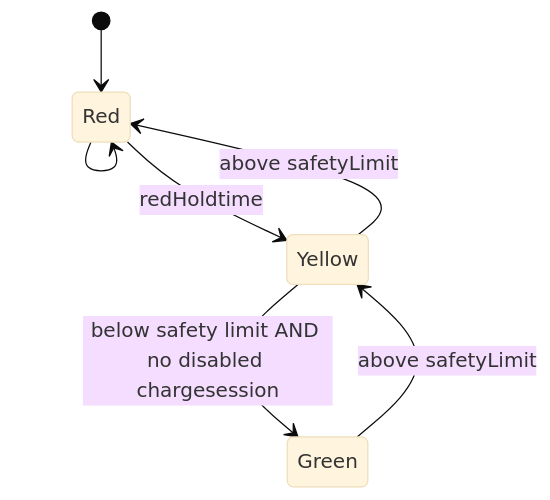
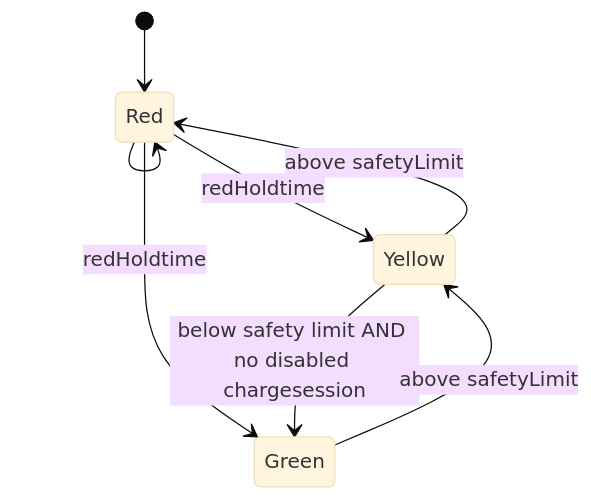
The diagram in io.openems.edge.evcs.cluster.chargemanagement/readme.adoc (opernikus-common/openems), drawn with Mermaid (base theme) before and after one commit. The commit also changed other lines of this file and 4 other files, not shown here.

````diff
--- a/io.openems.edge.evcs.cluster.chargemanagement/readme.adoc
+++ b/io.openems.edge.evcs.cluster.chargemanagement/readme.adoc
@@ -57,9 +76,10 @@
 ```mermaid		
 stateDiagram-v2
     [*] --> Red
     Red --> Red
     Red --> Yellow: redHoldtime 
+    Red --> Green: redHoldtime 
     Yellow --> Green: below safety limit AND no disabled chargesession 
     Green --> Yellow: above safetyLimit 
     Yellow --> Red: above safetyLimit 
 ```
````
